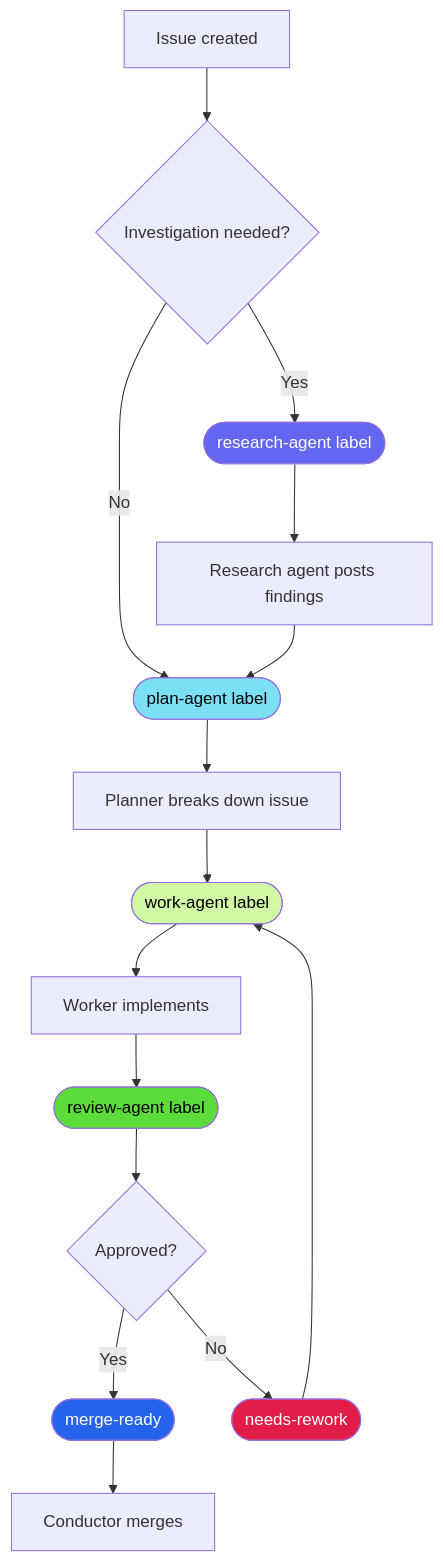
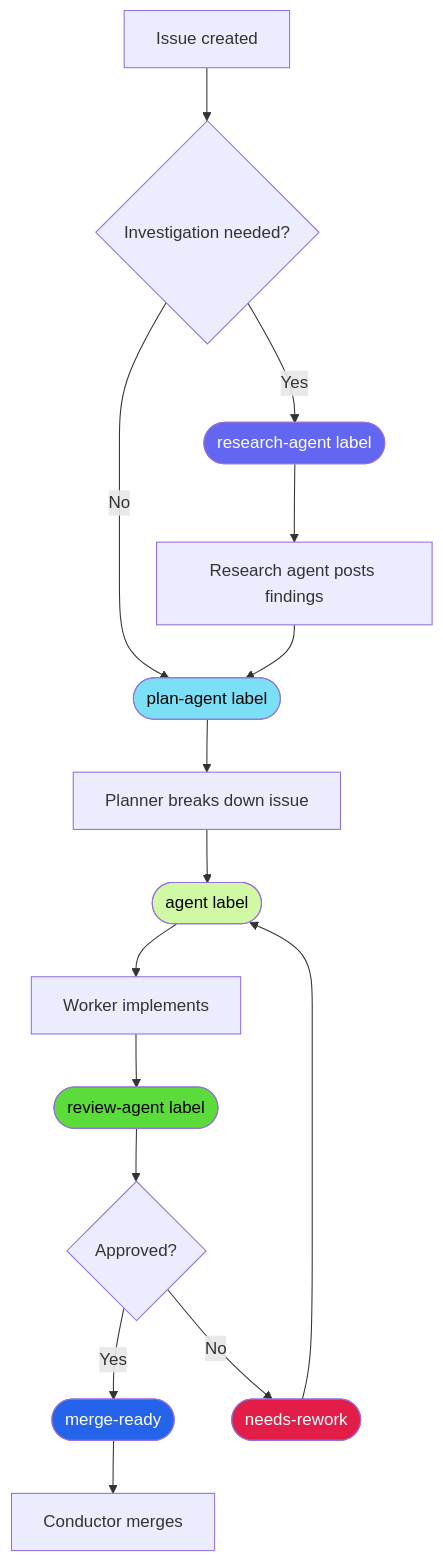
The diagram in docs/public/agents/research.md (geoffjay/agentd), drawn with Mermaid before and after one commit. The commit also changed other lines of this file and 43 other files, not shown here.

````diff
--- a/docs/public/agents/research.md
+++ b/docs/public/agents/research.md
@@ -42,24 +42,24 @@
 ```mermaid
 flowchart TD
     A[Issue created] --> B{Investigation needed?}
     B -- Yes --> C([research-agent label])
     B -- No --> E
     C --> D[Research agent posts findings]
     D --> E([plan-agent label])
     E --> F[Planner breaks down issue]
-    F --> G([work-agent label])
+    F --> G([agent label])
     G --> H[Worker implements]
     H --> I([review-agent label])
     I --> J{Approved?}
     J -- Yes --> K([merge-ready])
     J -- No --> L([needs-rework])
     L --> G
     K --> M[Conductor merges]
 
     style C fill:#6366f1,color:#fff
     style E fill:#7bdff6,color:#000
     style G fill:#d1f8a4,color:#000
     style I fill:#5bdc3b,color:#000
     style K fill:#2563eb,color:#fff
     style L fill:#e11d48,color:#fff
 ```
````
